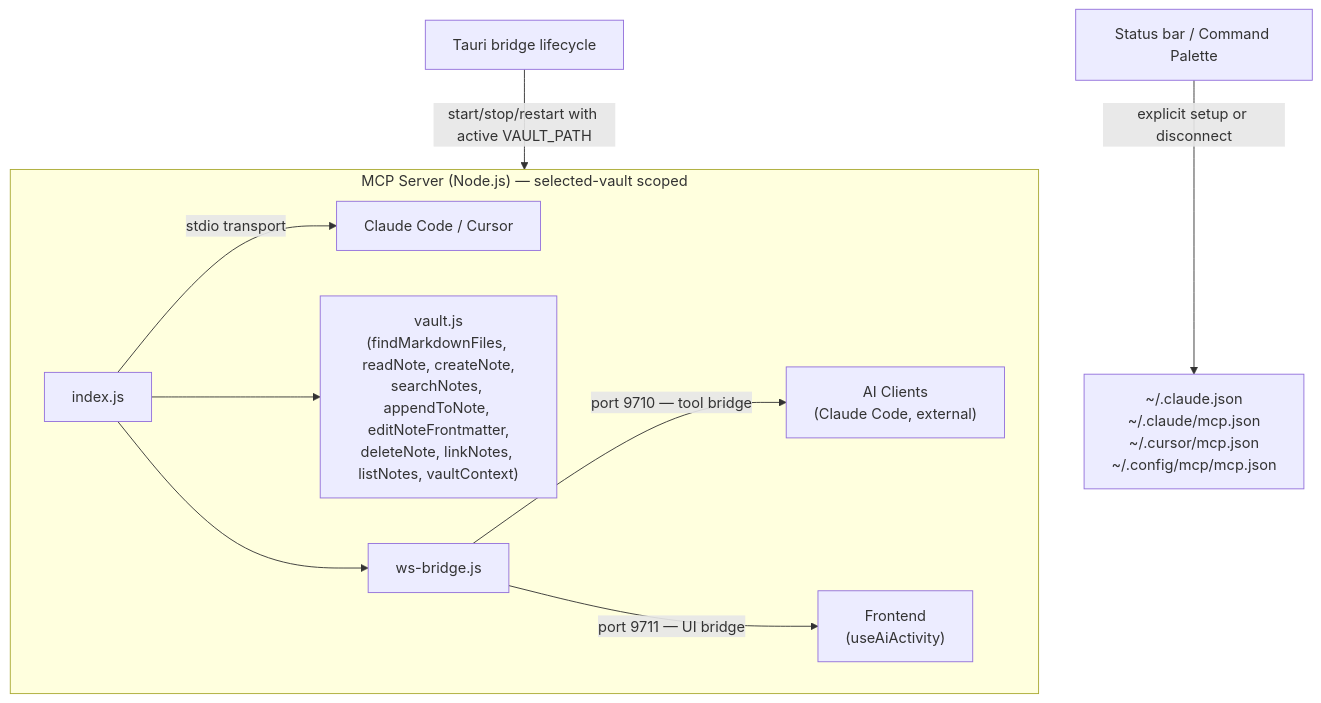
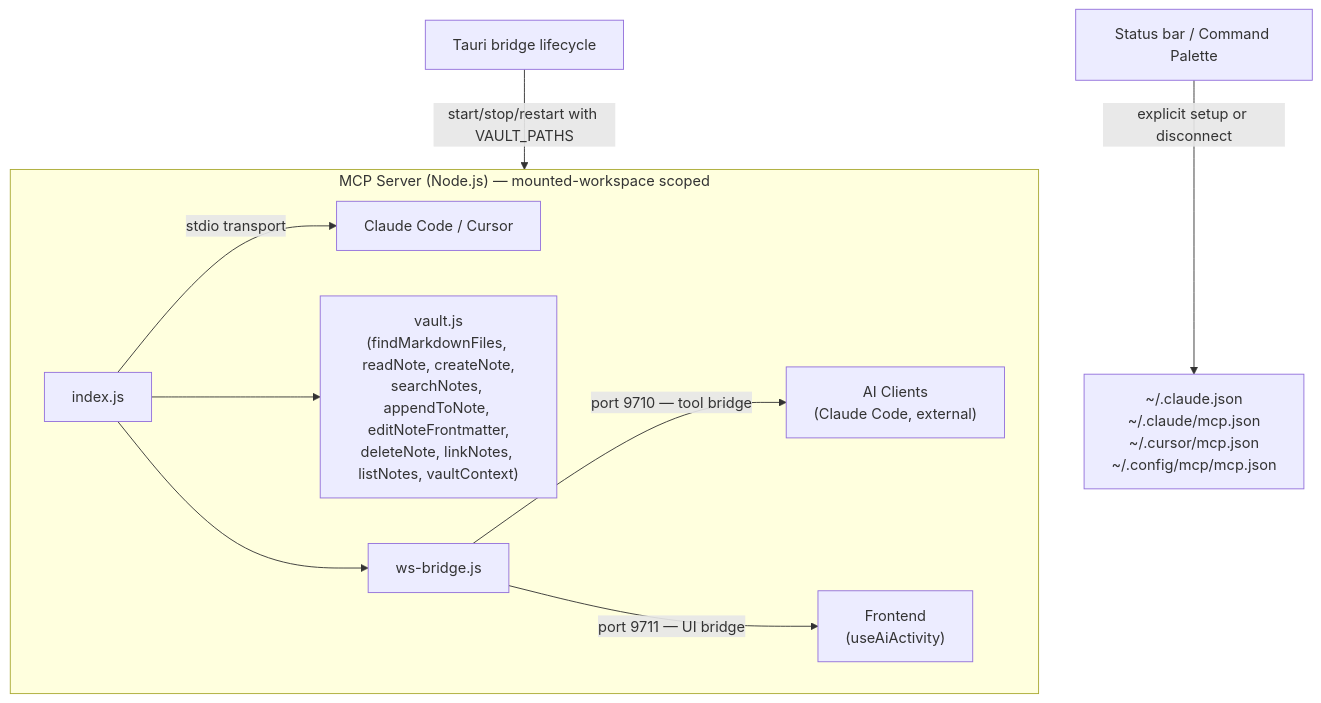
One commit to aimeritething/Fuwa changed the fourth of 10 diagrams in docs/ARCHITECTURE.md. Above: the diagram before and after it, drawn with Mermaid. The commit also changed other lines of this file and 14 other files, not shown here.

First line of the commit message:
feat: make external mcp vault resolution dynamic

````diff
--- a/docs/ARCHITECTURE.md
+++ b/docs/ARCHITECTURE.md
@@ -382,17 +383,17 @@
 ```mermaid
 flowchart TD
-    subgraph MCP["MCP Server (Node.js) — selected-vault scoped"]
+    subgraph MCP["MCP Server (Node.js) — mounted-workspace scoped"]
         IDX["index.js"]
         VAULT["vault.js\n(findMarkdownFiles, readNote, createNote,\nsearchNotes, appendToNote, editNoteFrontmatter,\ndeleteNote, linkNotes, listNotes, vaultContext)"]
         WSB["ws-bridge.js"]
 
         IDX -->|"stdio transport"| STDIO["Claude Code / Cursor"]
         IDX --> VAULT
         IDX --> WSB
         WSB -->|"port 9710 — tool bridge"| AI["AI Clients\n(Claude Code, external)"]
         WSB -->|"port 9711 — UI bridge"| FE["Frontend\n(useAiActivity)"]
     end
 
-    TAURI["Tauri bridge lifecycle"] -->|"start/stop/restart with active VAULT_PATH"| MCP
+    TAURI["Tauri bridge lifecycle"] -->|"start/stop/restart with VAULT_PATHS"| MCP
     UI["Status bar / Command Palette"] -->|"explicit setup or disconnect"| CFG["~/.claude.json\n~/.claude/mcp.json\n~/.cursor/mcp.json\n~/.config/mcp/mcp.json"]
 ```
````
